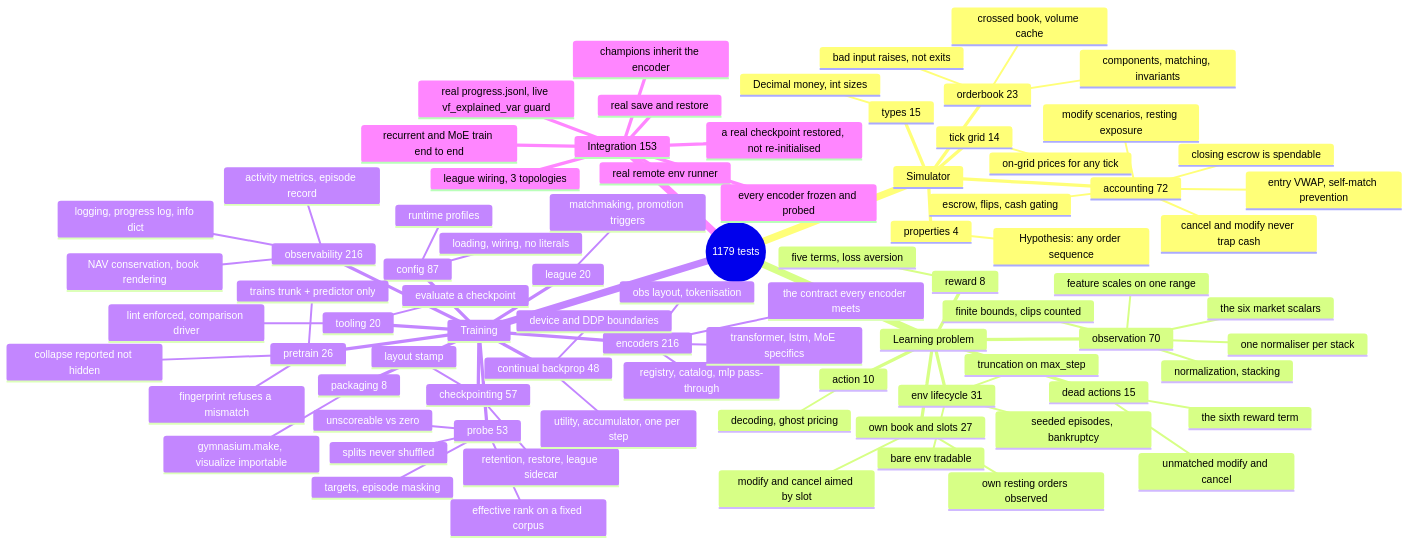
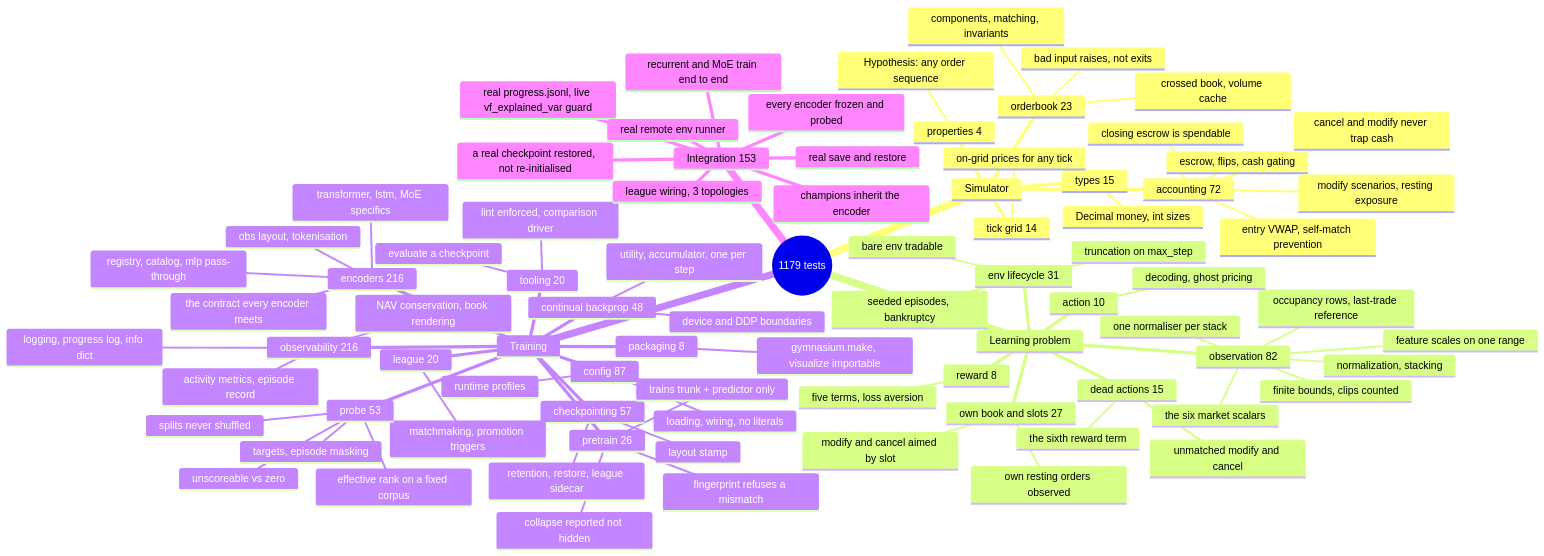
Before and after one commit to ChuaCheowHuan/gym-continuousDoubleAuction: the diagram in doc/10_testing.md, drawn with Mermaid. The commit also changed other lines of this file and 25 other files, not shown here.

```diff
--- a/doc/10_testing.md
+++ b/doc/10_testing.md
@@ -150,12 +151,13 @@
       tick grid 14
         on-grid prices for any tick
     Learning problem
-      observation 70
+      observation 82
         normalization, stacking
         one normaliser per stack
         the six market scalars
         feature scales on one range
         finite bounds, clips counted
+        occupancy rows, last-trade reference
       action 10
         decoding, ghost pricing
       reward 8
```
